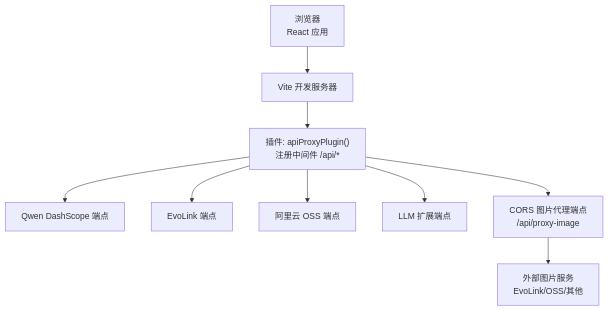
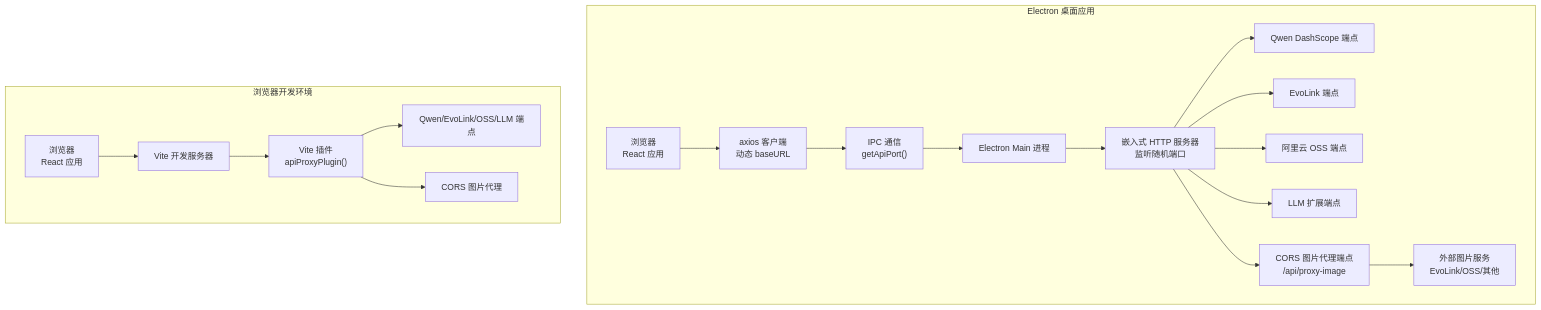
One commit to AlbusWei/AI-Image-Studio changed the first of 3 diagrams in .qoder/repowiki/zh/content/服务层/API 代理服务.md. Above: the diagram before and after it, drawn with Mermaid. The commit also changed other lines of this file and 37 other files, not shown here.

````diff
--- a/.qoder/repowiki/zh/content/服务层/API 代理服务.md
+++ b/.qoder/repowiki/zh/content/服务层/API 代理服务.md
@@ -55,11 +62,21 @@
 ```mermaid
 graph TB
-A["浏览器<br/>React 应用"] --> B["Vite 开发服务器"]
-B --> C["插件: apiProxyPlugin()<br/>注册中间件 /api/*"]
-C --> D["Qwen DashScope 端点"]
-C --> E["EvoLink 端点"]
-C --> F["阿里云 OSS 端点"]
-C --> G["LLM 扩展端点"]
-C --> H["CORS 图片代理端点<br/>/api/proxy-image"]
-H --> I["外部图片服务<br/>EvoLink/OSS/其他"]
+subgraph "Electron 桌面应用"
+A["浏览器<br/>React 应用"] --> B["axios 客户端<br/>动态 baseURL"]
+B --> C["IPC 通信<br/>getApiPort()"]
+C --> D["Electron Main 进程"]
+D --> E["嵌入式 HTTP 服务器<br/>监听随机端口"]
+E --> F["Qwen DashScope 端点"]
+E --> G["EvoLink 端点"]
+E --> H["阿里云 OSS 端点"]
+E --> I["LLM 扩展端点"]
+E --> J["CORS 图片代理端点<br/>/api/proxy-image"]
+J --> K["外部图片服务<br/>EvoLink/OSS/其他"]
+end
+subgraph "浏览器开发环境"
+L["浏览器<br/>React 应用"] --> M["Vite 开发服务器"]
+M --> N["Vite 插件<br/>apiProxyPlugin()"]
+N --> O["Qwen/EvoLink/OSS/LLM 端点"]
+N --> P["CORS 图片代理"]
+end
 ```
````
